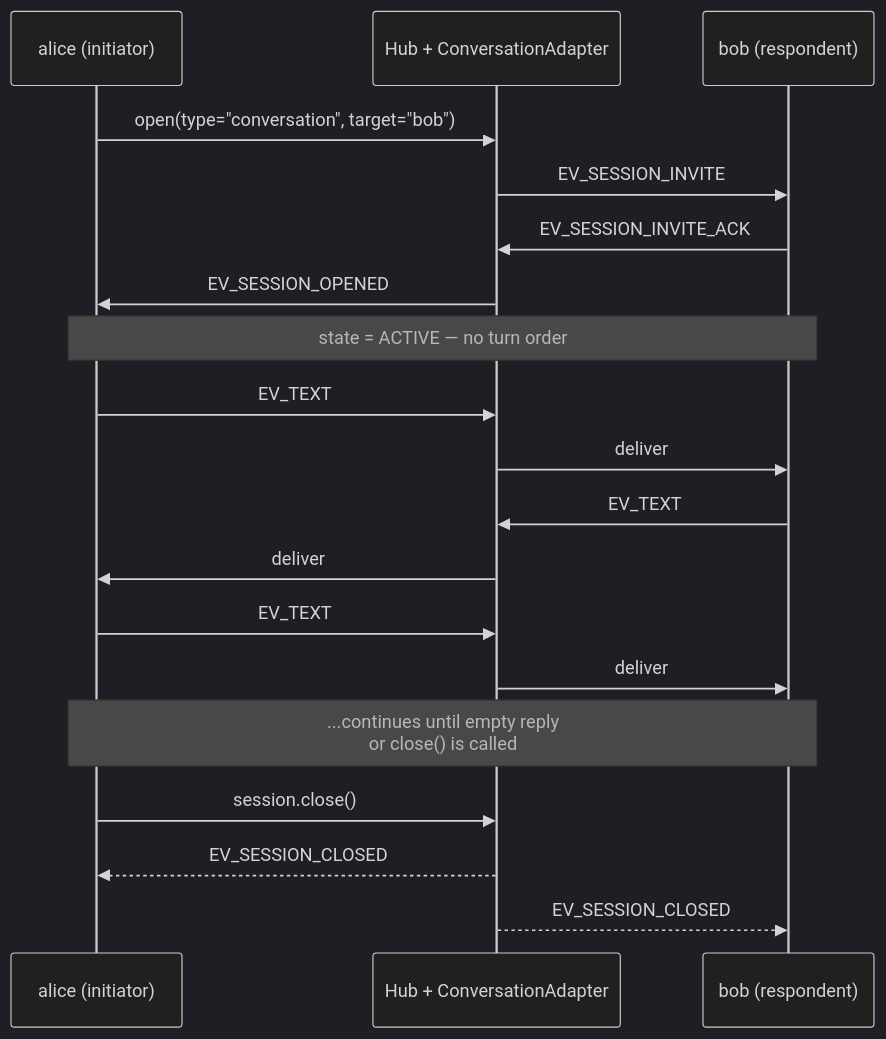
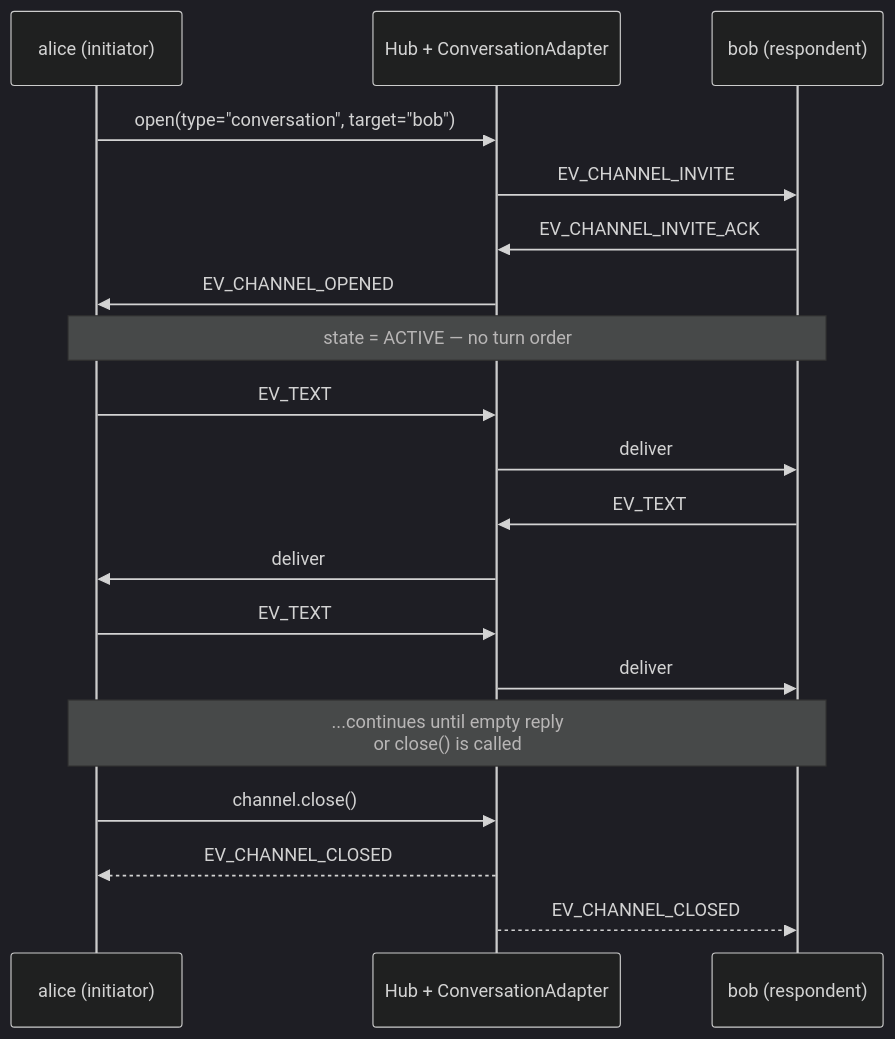
One commit to shaneholloman/ag2 changed the diagram in website/docs/beta/network/conversation.mdx. Above: the diagram before and after it, drawn with Mermaid (dark theme). The commit also changed other lines of this file and 100 other files, not shown here.

````diff
--- a/website/docs/beta/network/conversation.mdx
+++ b/website/docs/beta/network/conversation.mdx
@@ -21,24 +21,24 @@
 ```mermaid
 sequenceDiagram
     participant A as alice (initiator)
     participant H as Hub + ConversationAdapter
     participant B as bob (respondent)
 
     A->>H: open(type="conversation", target="bob")
-    H->>B: EV_SESSION_INVITE
-    B->>H: EV_SESSION_INVITE_ACK
-    H->>A: EV_SESSION_OPENED
+    H->>B: EV_CHANNEL_INVITE
+    B->>H: EV_CHANNEL_INVITE_ACK
+    H->>A: EV_CHANNEL_OPENED
     Note over A,B: state = ACTIVE — no turn order
 
     A->>H: EV_TEXT
     H->>B: deliver
     B->>H: EV_TEXT
     H->>A: deliver
     A->>H: EV_TEXT
     H->>B: deliver
     Note over A,B: ...continues until empty reply<br/>or close() is called
 
-    A->>H: session.close()
-    H-->>A: EV_SESSION_CLOSED
-    H-->>B: EV_SESSION_CLOSED
+    A->>H: channel.close()
+    H-->>A: EV_CHANNEL_CLOSED
+    H-->>B: EV_CHANNEL_CLOSED
 ```
````
